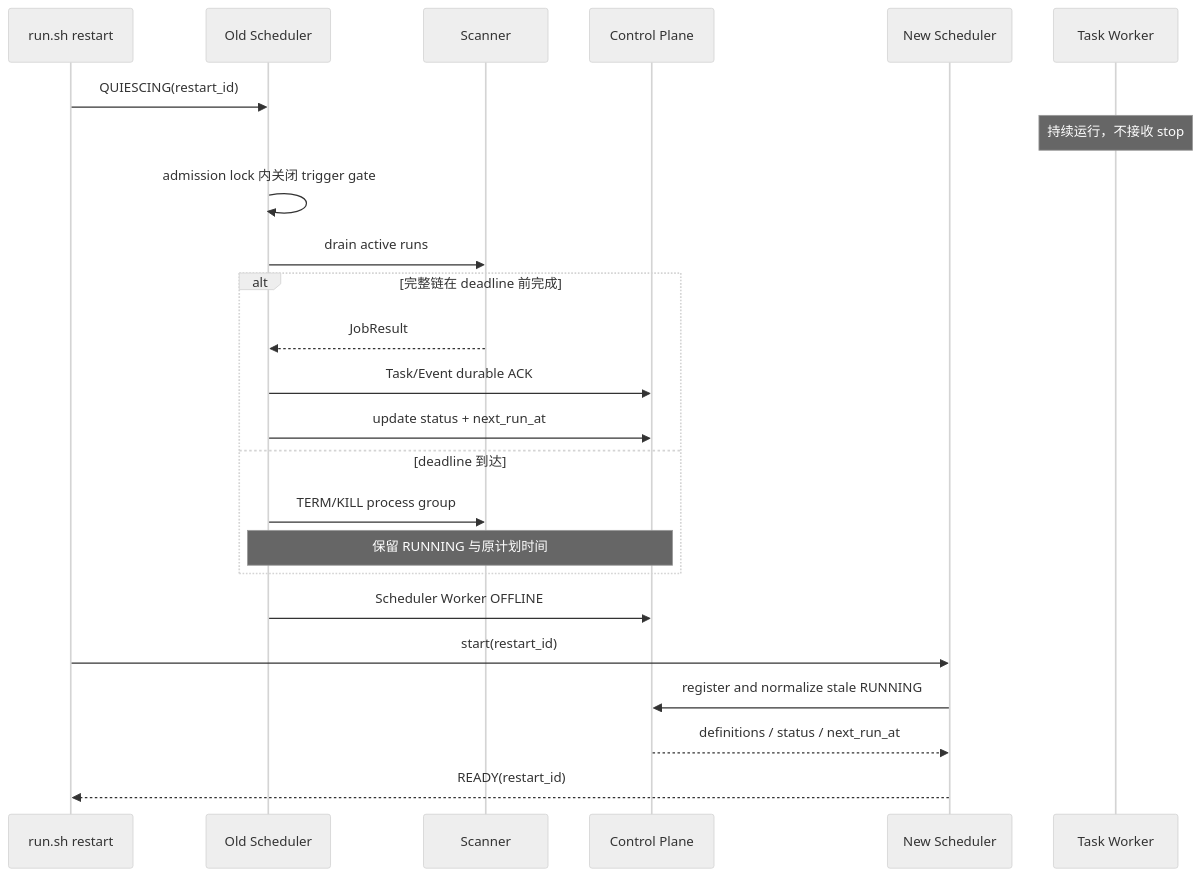
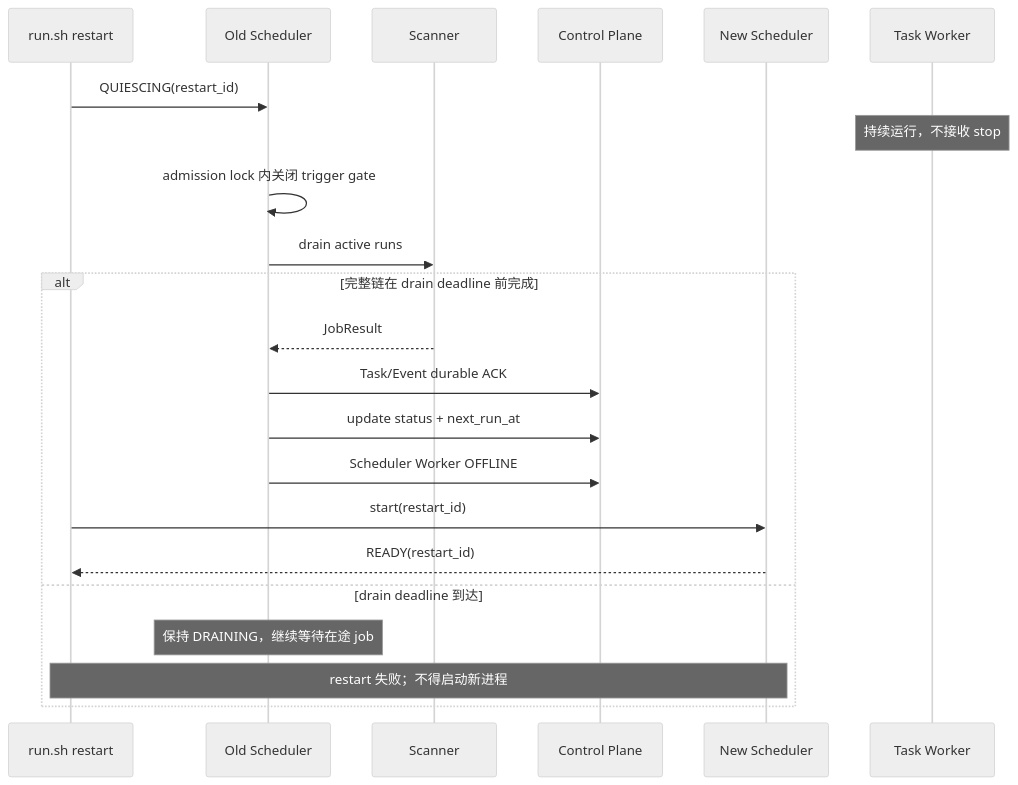
Before and after one commit to aliyun/terraform-provider-alicloud: the second of 2 diagrams in docs/superpowers/specs/2026-07-20-bridge-scheduler-refactor-design.md, drawn with Mermaid (neutral theme). The commit also changed other lines of this file and 10 other files, not shown here.

Commit message:
feat(bridge): unify scheduler cutover and drain

````diff
--- a/docs/superpowers/specs/2026-07-20-bridge-scheduler-refactor-design.md
+++ b/docs/superpowers/specs/2026-07-20-bridge-scheduler-refactor-design.md
@@ -413,27 +414,25 @@
 ```mermaid
 sequenceDiagram
     participant CLI as run.sh restart
     participant Old as Old Scheduler
     participant Scan as Scanner
     participant CP as Control Plane
     participant New as New Scheduler
     participant TW as Task Worker
 
     CLI->>Old: QUIESCING(restart_id)
     Note over TW: 持续运行，不接收 stop
     Old->>Old: admission lock 内关闭 trigger gate
     Old->>Scan: drain active runs
-    alt 完整链在 deadline 前完成
+    alt 完整链在 drain deadline 前完成
         Scan-->>Old: JobResult
         Old->>CP: Task/Event durable ACK
         Old->>CP: update status + next_run_at
-    else deadline 到达
-        Old->>Scan: TERM/KILL process group
-        Note over Old,CP: 保留 RUNNING 与原计划时间
+        Old->>CP: Scheduler Worker OFFLINE
+        CLI->>New: start(restart_id)
+        New-->>CLI: READY(restart_id)
+    else drain deadline 到达
+        Note over Old: 保持 DRAINING，继续等待在途 job
+        Note over CLI,New: restart 失败；不得启动新进程
     end
-    Old->>CP: Scheduler Worker OFFLINE
-    CLI->>New: start(restart_id)
-    New->>CP: register and normalize stale RUNNING
-    CP-->>New: definitions / status / next_run_at
-    New-->>CLI: READY(restart_id)
 ```
````
